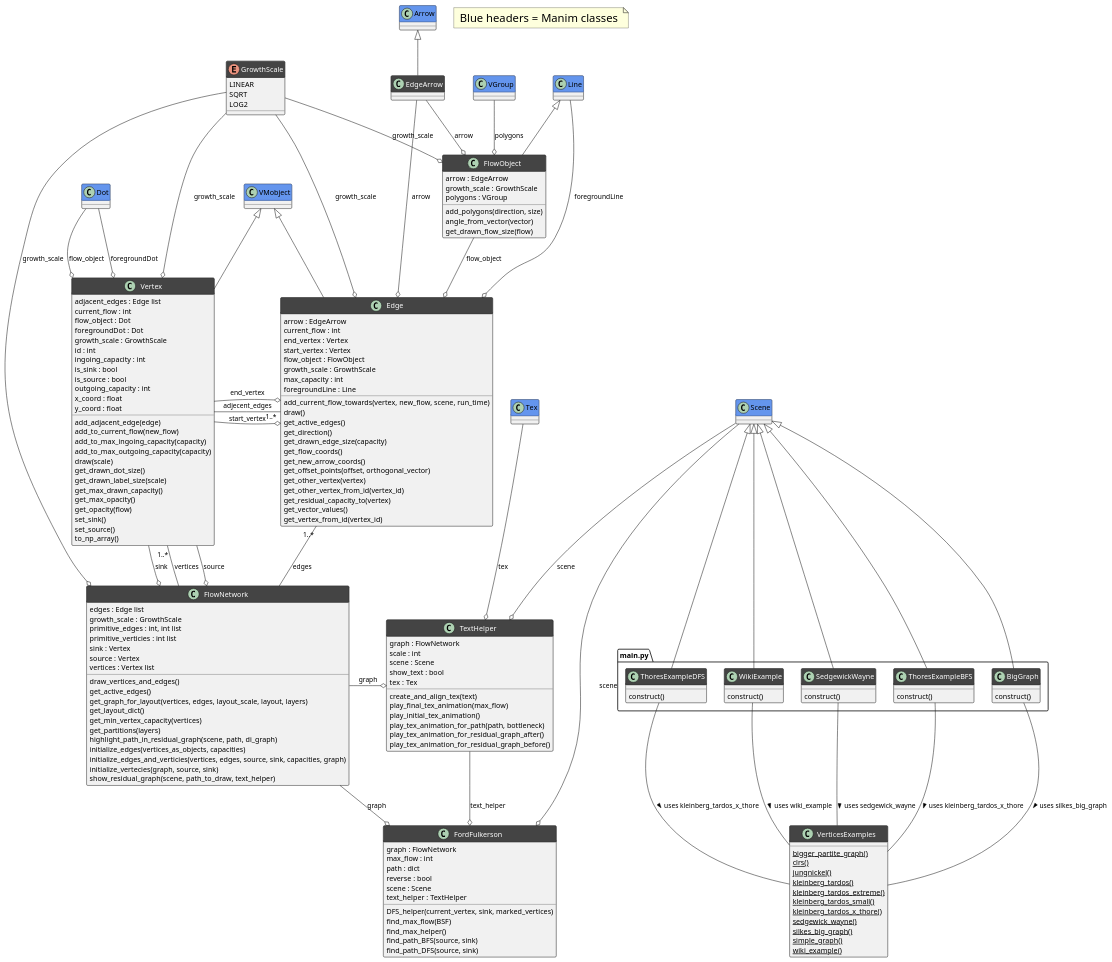
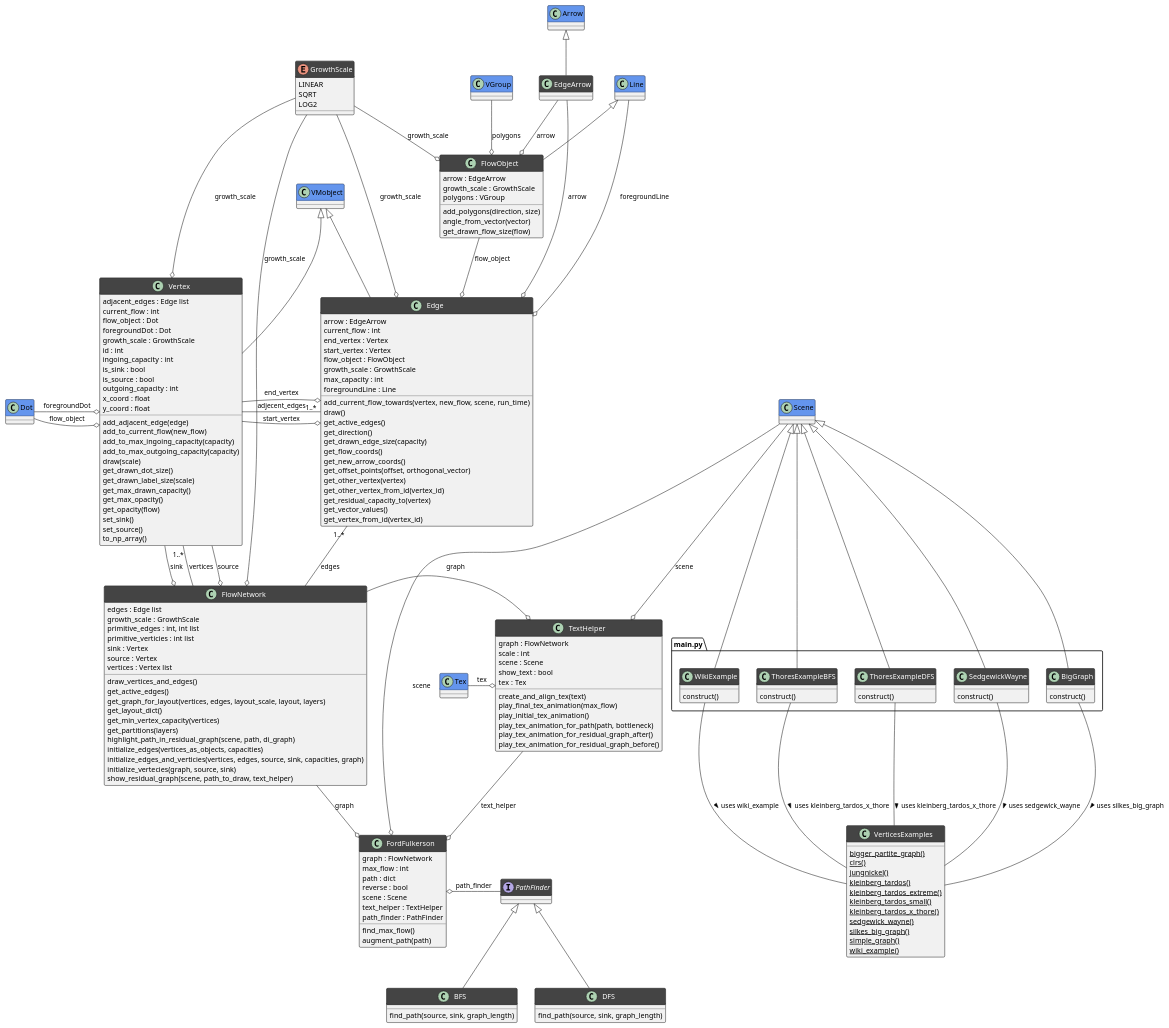
The diagram in classesDiagram.puml (rakulmaria/bachelor-spring-24), drawn with PlantUML before and after one commit. The commit also changed 5 other files, not shown here.

```diff
--- a/classesDiagram.puml
+++ b/classesDiagram.puml
@@ -2,6 +2,8 @@
 skinparam classFontColor automatic
 skinparam classHeaderBackgroundColor #444
 set namespaceSeparator none
+
+interface PathFinder
 
 class "VerticesExamples" as VerticesExamples {
   {static} bigger_partite_graph()
@@ -96,12 +98,19 @@
   reverse : bool
   scene : Scene
   text_helper : TextHelper
-  DFS_helper(current_vertex, sink, marked_vertices)
-  find_max_flow(BSF)
-  find_max_helper()
-  find_path_BFS(source, sink)
-  find_path_DFS(source, sink)
+  path_finder : PathFinder
+  find_max_flow()
+  augment_path(path)
 }
+
+class "BFS" as BFS {
+  find_path(source, sink, graph_length)
+}
+
+class "DFS" as DFS {
+  find_path(source, sink, graph_length)
+}
+
 enum "GrowthScale" as GrowthScale {
   LINEAR
   SQRT
@@ -176,11 +185,14 @@
 Scene <|--  ThoresExampleDFS
 Scene <|--  WikiExample
 Line <|-- FlowObject
+FordFulkerson o-r- PathFinder : path_finder
+PathFinder <|-- BFS
+PathFinder <|-- DFS
 VGroup --o FlowObject : polygons
-Dot --o Vertex : foregroundDot
-Dot --o Vertex : flow_object
+Dot -o Vertex : foregroundDot
+Dot -o Vertex : flow_object
 Line --o Edge : foregroundLine
-Tex --o TextHelper : tex
+Tex -o TextHelper : tex
 Edge "1..*" -- FlowNetwork : edges
 Vertex "1..*" -- FlowNetwork : vertices
 EdgeArrow --o Edge : arrow
@@ -198,8 +210,4 @@
 Vertex --o FlowNetwork : source
 Vertex --o FlowNetwork : sink
 
-note as N1
-<size:22> Blue headers = Manim classes </size>
-end note
-
 @enduml
```
